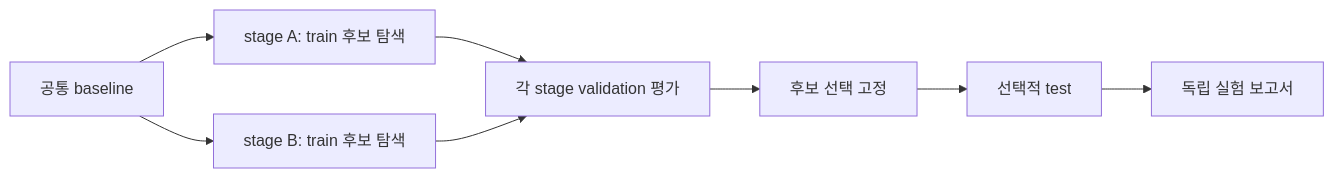
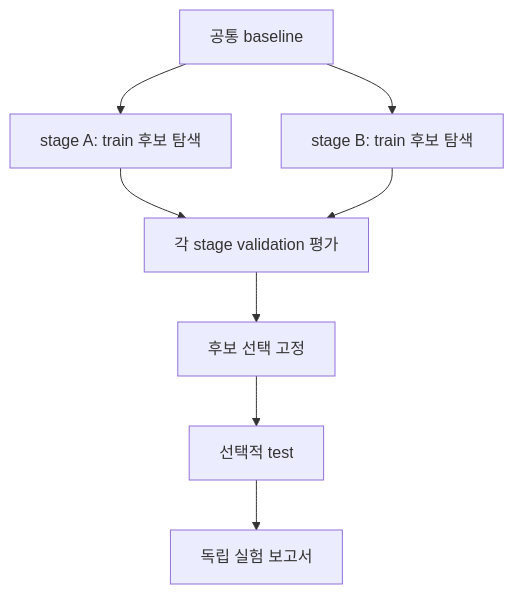
Before and after one commit to wontaeJeong/agent-optimizer: the diagram in website/developer/overview.md, drawn with Mermaid. The commit also changed 9 other files, not shown here.

````diff
--- a/website/developer/overview.md
+++ b/website/developer/overview.md
@@ -20,10 +20,10 @@
 ```mermaid
-flowchart LR
+flowchart TB
   B[공통 baseline] --> T1[stage A: train 후보 탐색]
   B --> T2[stage B: train 후보 탐색]
   T1 --> V[각 stage validation 평가]
   T2 --> V
   V --> W[후보 선택 고정]
   W --> X[선택적 test]
   X --> R[독립 실험 보고서]
 ```
````
